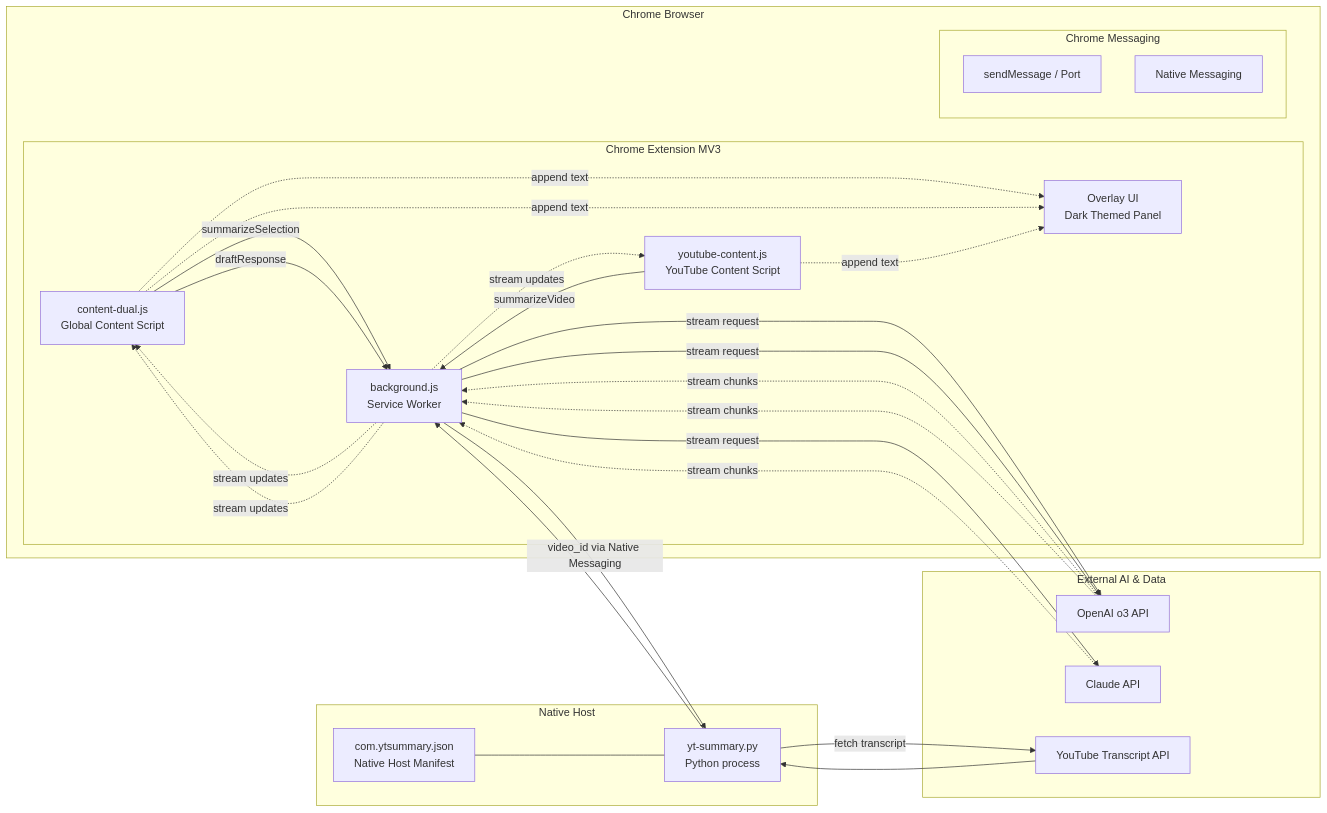
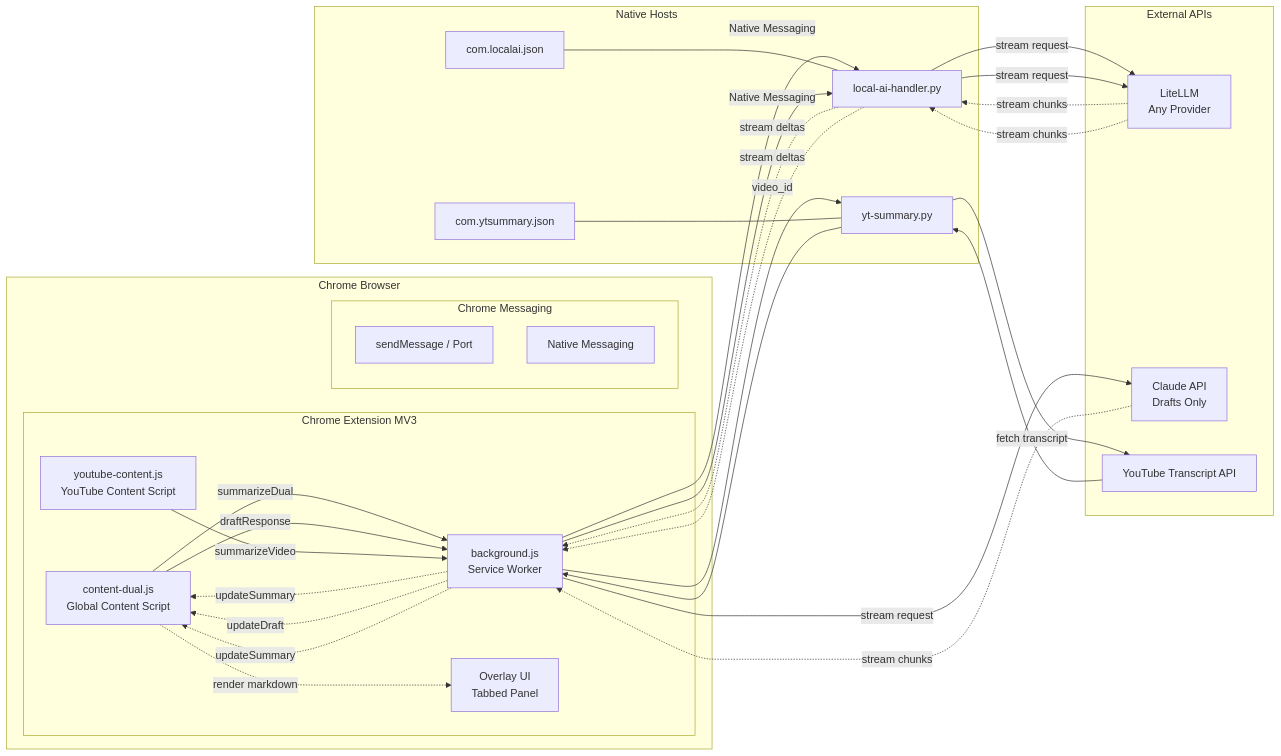
One commit to tejbirwason/summarizer-chrome-plugin changed the diagram in architecture.md. Above: the diagram before and after it, drawn with Mermaid. The commit also changed other lines of this file and 8 other files, not shown here.

First line of the commit message:
Refactor to config-driven multi-model summarization with LiteLLM

````diff
--- a/architecture.md
+++ b/architecture.md
@@ -5,53 +5,58 @@
 ```mermaid
 flowchart LR
   %% Subgraphs for clarity
   subgraph Browser[Chrome Browser]
     subgraph Extension[Chrome Extension MV3]
       CJS[content-dual.js<br/>Global Content Script]
       YTJS[youtube-content.js<br/>YouTube Content Script]
       BG[background.js<br/>Service Worker]
-      UI[Overlay UI<br/>Dark Themed Panel]
+      UI[Overlay UI<br/>Tabbed Panel]
     end
     subgraph Messaging[Chrome Messaging]
       MSG[sendMessage / Port]
       NM[Native Messaging]
     end
   end
 
-  subgraph NativeHost[Native Host]
-    MAN[com.ytsummary.json<br/>Native Host Manifest]
-    PY[yt-summary.py<br/>Python process]
+  subgraph NativeHosts[Native Hosts]
+    YTMAN[com.ytsummary.json]
+    YTPY[yt-summary.py]
+    AIMAN[com.localai.json]
+    AIPY[local-ai-handler.py]
   end
 
-  subgraph APIs[External AI & Data]
-    OAI[OpenAI o3 API]
-    CLAUDE[Claude API]
+  subgraph APIs[External APIs]
+    LITELLM[LiteLLM<br/>Any Provider]
+    CLAUDE[Claude API<br/>Drafts Only]
     YTAPI[YouTube Transcript API]
   end
 
-  %% Selected Text: Summarize & Draft
-  CJS -->|summarizeSelection| BG
+  %% Selected Text: Summarize
+  CJS -->|summarizeDual| BG
+  BG -->|Native Messaging| AIPY
+  AIMAN --- AIPY
+  AIPY -->|stream request| LITELLM
+  LITELLM -.->|stream chunks| AIPY
+  AIPY -.->|stream deltas| BG
+  BG -.->|updateSummary| CJS
+  CJS -.->|render markdown| UI
+
+  %% Draft Response
   CJS -->|draftResponse| BG
-
-  BG -->|stream request| OAI
-  OAI -.->|stream chunks| BG
-  BG -.->|stream updates| CJS
-  CJS -.->|append text| UI
-
   BG -->|stream request| CLAUDE
   CLAUDE -.->|stream chunks| BG
-  BG -.->|stream updates| CJS
-  CJS -.->|append text| UI
+  BG -.->|updateDraft| CJS
 
   %% YouTube Transcript Summarization
   YTJS -->|summarizeVideo| BG
-  BG -->|video_id via Native Messaging| PY
-  MAN --- PY
-  PY -->|fetch transcript| YTAPI
-  YTAPI --> PY
-  PY --> BG
-  BG -->|stream request| OAI
-  OAI -.->|stream chunks| BG
-  BG -.->|stream updates| YTJS
-  YTJS -.->|append text| UI
+  BG -->|video_id| YTPY
+  YTMAN --- YTPY
+  YTPY -->|fetch transcript| YTAPI
+  YTAPI --> YTPY
+  YTPY --> BG
+  BG -->|Native Messaging| AIPY
+  AIPY -->|stream request| LITELLM
+  LITELLM -.->|stream chunks| AIPY
+  AIPY -.->|stream deltas| BG
+  BG -.->|updateSummary| CJS
 ```
````
